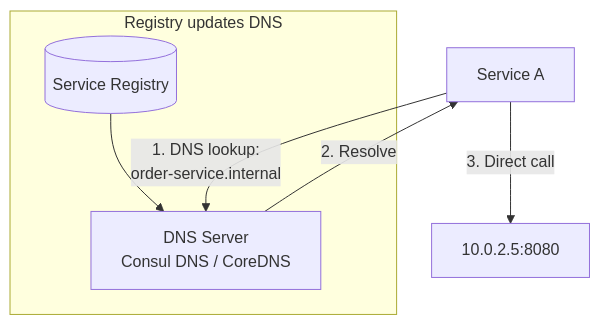
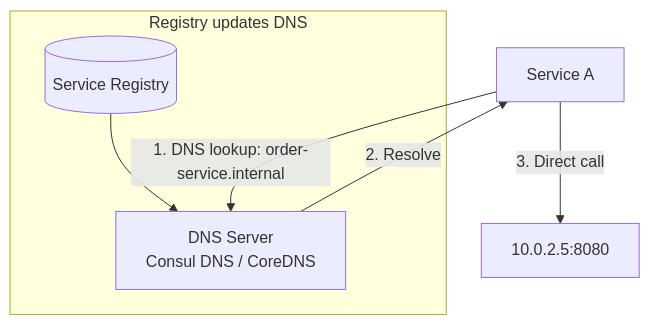
Before and after one commit to vladiant/vladiant: the sixth of 10 diagrams in software_architecture/07_service_discovery_registration.md, drawn with Mermaid. The commit also changed other lines of this file and 2 other files, not shown here.

Commit message:
Fix mermaid renderings

````diff
--- a/software_architecture/07_service_discovery_registration.md
+++ b/software_architecture/07_service_discovery_registration.md
@@ -133,10 +133,10 @@
 ```mermaid
 graph TB
-    SA[Service A] -- "1. DNS lookup:<br/>order-service.internal" --> DNS[DNS Server<br/>Consul DNS / CoreDNS]
+    SA[Service A] -- "1. DNS lookup: order-service.internal" --> DNS[DNS Server<br/>Consul DNS / CoreDNS]
     DNS -- "2. Resolve" --> SA
     SA -- "3. Direct call" --> OB1[10.0.2.5:8080]
 
     subgraph "Registry updates DNS"
         REG[(Service Registry)] --> DNS
     end
 ```
````
